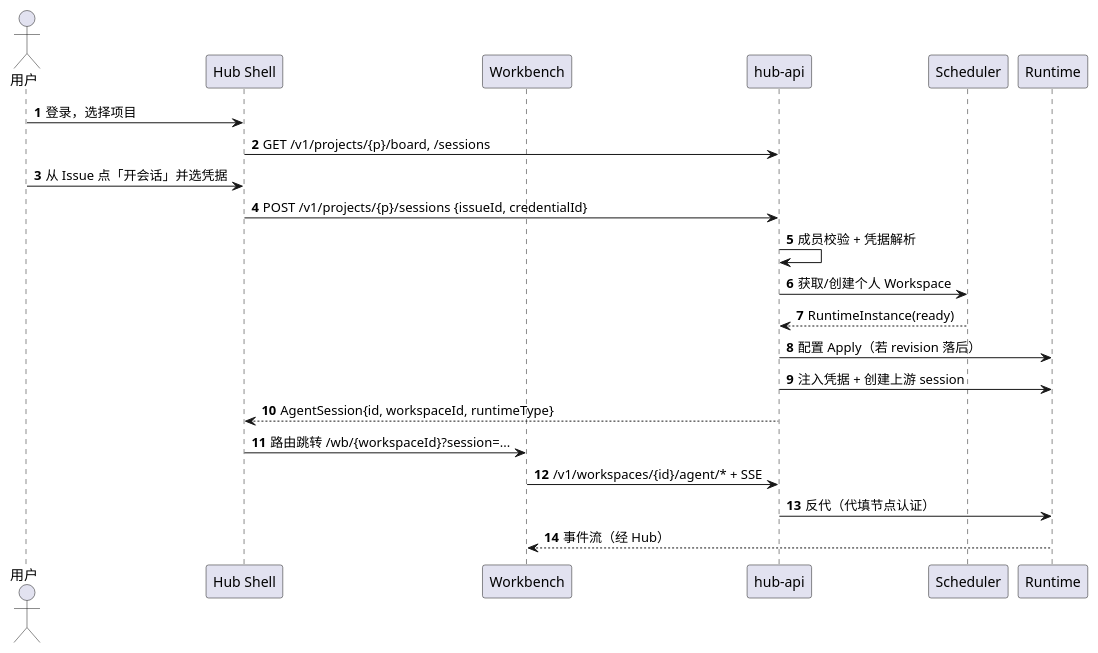
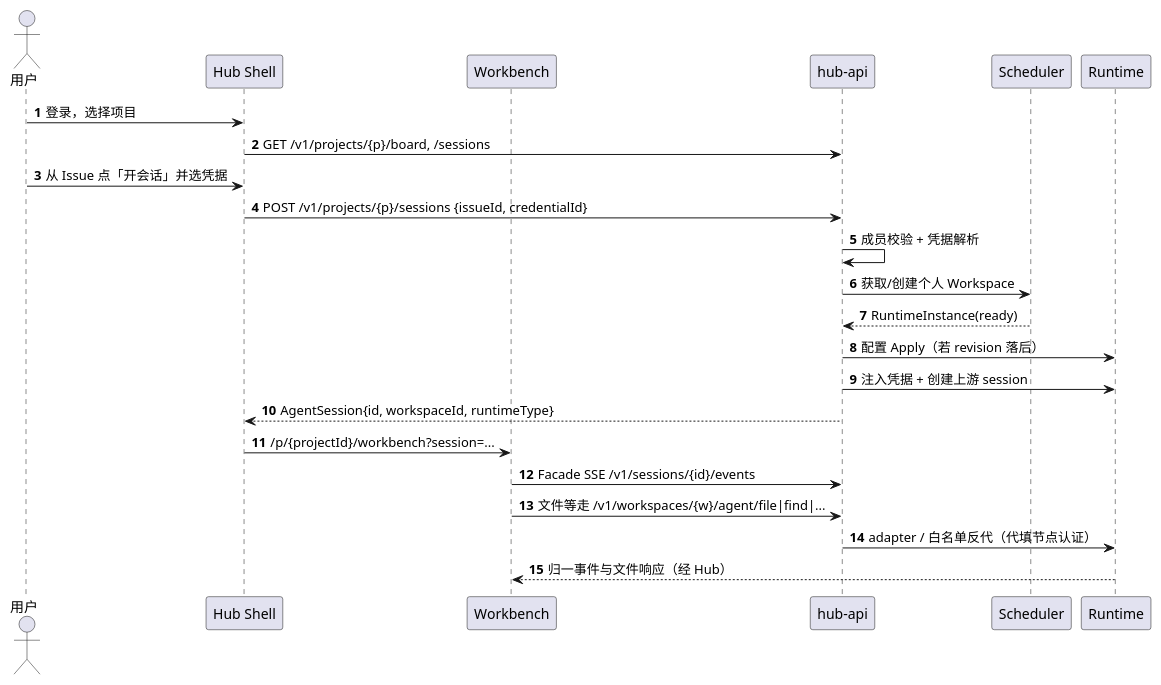
The fifth of 5 diagrams in docs/architecture/01-system-overview.md (JackLuguibin/AgentHubEx), drawn with PlantUML before and after one commit. The commit also changed other lines of this file and 18 other files, not shown here.

First line of the commit message:
docs: align architecture on React SPA, Drizzle, open-source, intranet

````diff
--- a/docs/architecture/01-system-overview.md
+++ b/docs/architecture/01-system-overview.md
@@ -218,26 +221,27 @@
 ```plantuml
 @startuml e2e
 autonumber
 actor 用户 as U
 participant "Hub Shell" as S
 participant "Workbench" as W
 participant "hub-api" as H
 participant "Scheduler" as SC
 participant "Runtime" as R
 
 U -> S : 登录，选择项目
 S -> H : GET /v1/projects/{p}/board, /sessions
 U -> S : 从 Issue 点「开会话」并选凭据
 S -> H : POST /v1/projects/{p}/sessions {issueId, credentialId}
 H -> H : 成员校验 + 凭据解析
 H -> SC : 获取/创建个人 Workspace
 SC --> H : RuntimeInstance(ready)
 H -> R : 配置 Apply（若 revision 落后）
 H -> R : 注入凭据 + 创建上游 session
 H --> S : AgentSession{id, workspaceId, runtimeType}
-S -> W : 路由跳转 /wb/{workspaceId}?session=...
-W -> H : /v1/workspaces/{id}/agent/* + SSE
-H -> R : 反代（代填节点认证）
-R --> W : 事件流（经 Hub）
+S -> W : /p/{projectId}/workbench?session=...
+W -> H : Facade SSE /v1/sessions/{id}/events
+W -> H : 文件等走 /v1/workspaces/{w}/agent/file|find|...
+H -> R : adapter / 白名单反代（代填节点认证）
+R --> W : 归一事件与文件响应（经 Hub）
 @enduml
 ```
````
